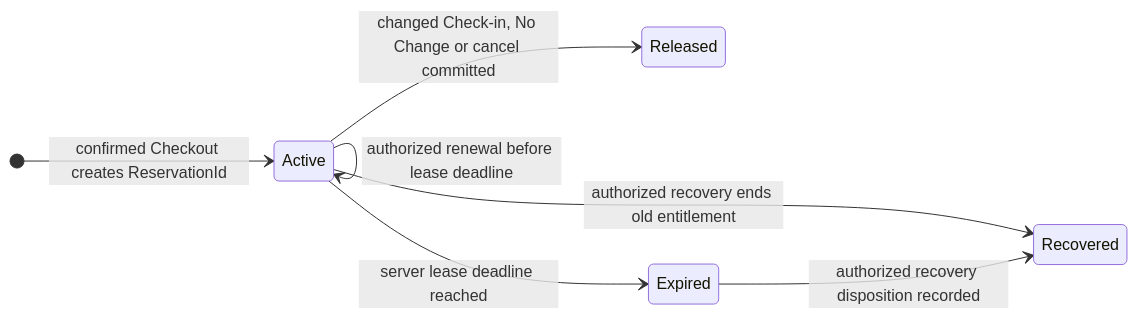
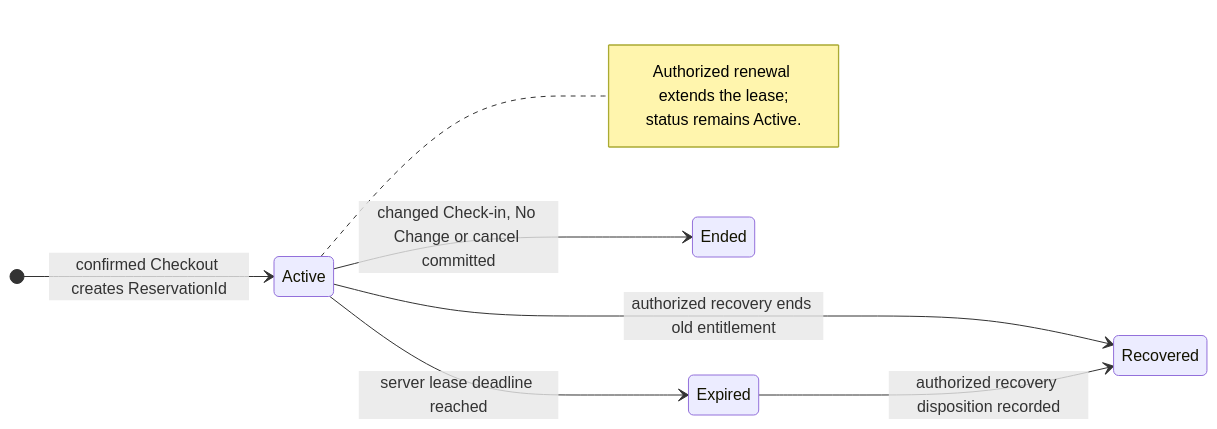
One commit to devphuclam/IDEAEngineering changed the ninth of 26 diagrams in docs/product/instances/idea-engineering/DOC-05-architecture-description.md. Above: the diagram before and after it, drawn with Mermaid. The commit also changed other lines of this file and 76 other files, not shown here.

Commit message:
docs: complete IDEA DDM architecture views

````diff
--- a/docs/product/instances/idea-engineering/DOC-05-architecture-description.md
+++ b/docs/product/instances/idea-engineering/DOC-05-architecture-description.md
@@ -664,13 +743,16 @@
 ```mermaid
 stateDiagram-v2
     accTitle: Reservation record lifecycle
-    accDescr: A confirmed Checkout creates an Active Reservation. Renewal keeps that same record Active. A committed changed or No Change Check-in or governed cancel makes it Released. Lease timeout makes it Expired. Authorized recovery makes the old record Recovered. Released, Expired and Recovered records never become Active again; any later Checkout creates a new Reservation against the current head.
+    accDescr: A confirmed Checkout creates an Active Reservation. Renewal keeps that same record Active. A committed changed or No Change Check-in or governed cancel makes it Ended. Lease timeout makes it Expired. Authorized recovery makes the old record Recovered. Ended, Expired and Recovered records never become Active again; any later Checkout creates a new Reservation against the current head.
     direction LR
 
     [*] --> Active: confirmed Checkout creates ReservationId
-    Active --> Active: authorized renewal before lease deadline
-    Active --> Released: changed Check-in, No Change or cancel committed
+    note right of Active
+      Authorized renewal extends the lease;
+      status remains Active.
+    end note
+    Active --> Ended: changed Check-in, No Change or cancel committed
     Active --> Expired: server lease deadline reached
     Active --> Recovered: authorized recovery ends old entitlement
     Expired --> Recovered: authorized recovery disposition recorded
 ```
````
